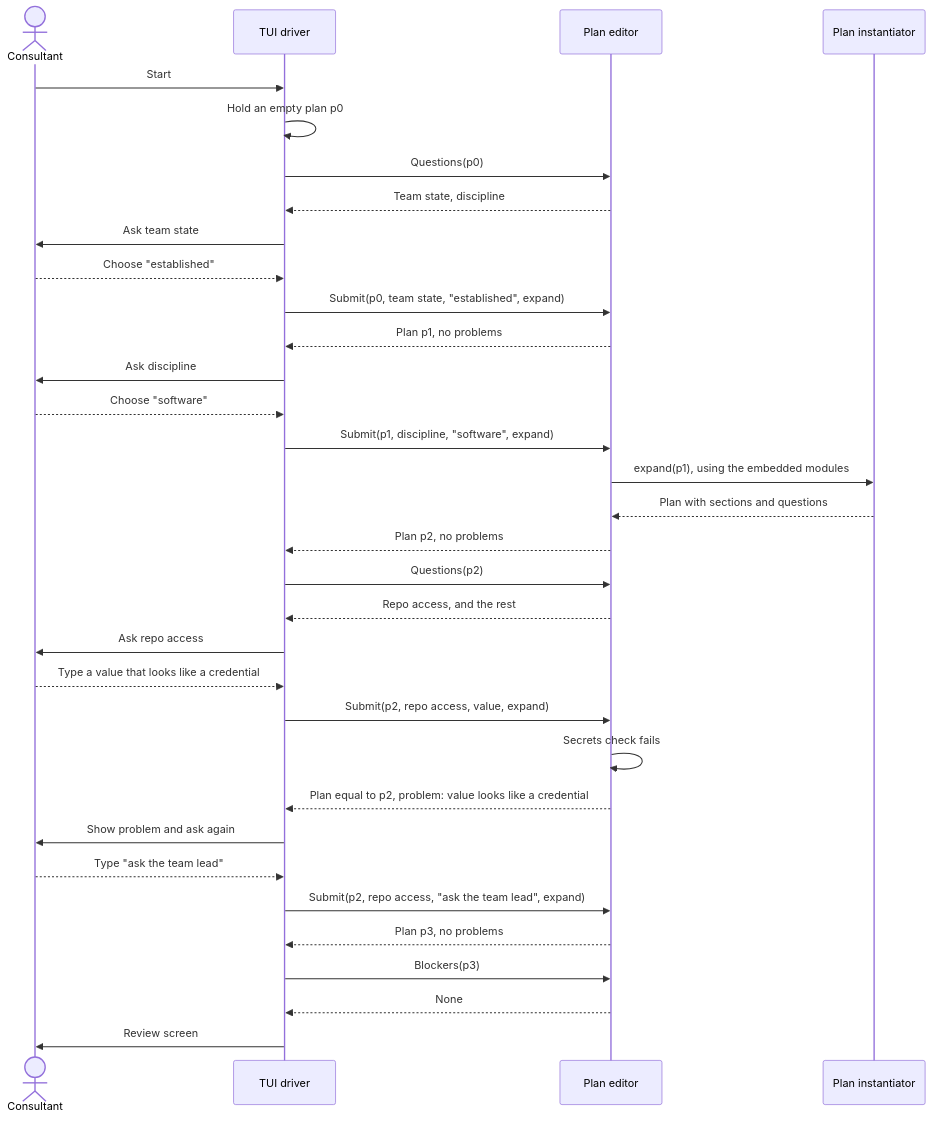
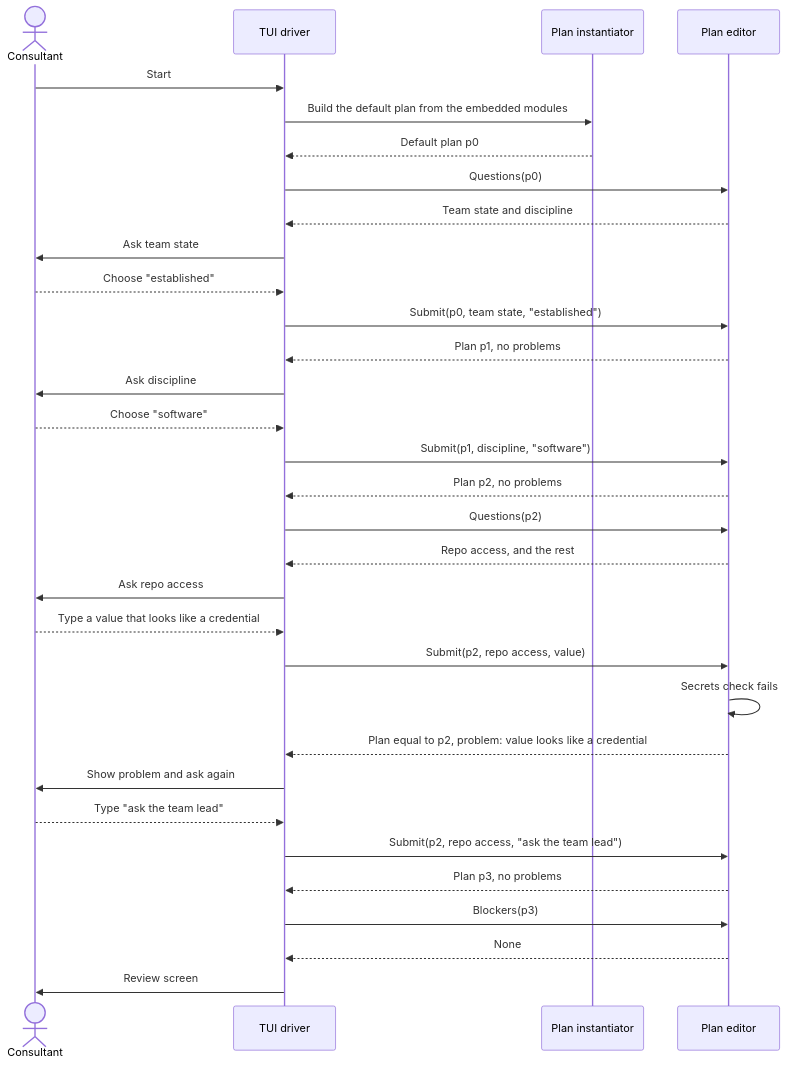
The third of 4 diagrams in docs/decisions/0010-plan-editor.md (8thlight-daveloper/onboard-kit), drawn with Mermaid before and after one commit. The commit also changed other lines of this file and 4 other files, not shown here.

Commit message:
Hold every module as a section in the plan and add format, versioning, and hash rules

````diff
--- a/docs/decisions/0010-plan-editor.md
+++ b/docs/decisions/0010-plan-editor.md
@@ -246,39 +242,38 @@
 ```mermaid
 sequenceDiagram
     actor C as Consultant
     participant T as TUI driver
+    participant I as Plan instantiator
     participant E as Plan editor
-    participant I as Plan instantiator
 
     C->>T: Start
-    T->>T: Hold an empty plan p0
+    T->>I: Build the default plan from the embedded modules
+    I-->>T: Default plan p0
 
     T->>E: Questions(p0)
-    E-->>T: Team state, discipline
+    E-->>T: Team state and discipline
     T->>C: Ask team state
     C-->>T: Choose "established"
-    T->>E: Submit(p0, team state, "established", expand)
+    T->>E: Submit(p0, team state, "established")
     E-->>T: Plan p1, no problems
     T->>C: Ask discipline
     C-->>T: Choose "software"
-    T->>E: Submit(p1, discipline, "software", expand)
-    E->>I: expand(p1), using the embedded modules
-    I-->>E: Plan with sections and questions
+    T->>E: Submit(p1, discipline, "software")
     E-->>T: Plan p2, no problems
 
     T->>E: Questions(p2)
     E-->>T: Repo access, and the rest
     T->>C: Ask repo access
     C-->>T: Type a value that looks like a credential
-    T->>E: Submit(p2, repo access, value, expand)
+    T->>E: Submit(p2, repo access, value)
     E->>E: Secrets check fails
     E-->>T: Plan equal to p2, problem: value looks like a credential
     T->>C: Show problem and ask again
     C-->>T: Type "ask the team lead"
-    T->>E: Submit(p2, repo access, "ask the team lead", expand)
+    T->>E: Submit(p2, repo access, "ask the team lead")
     E-->>T: Plan p3, no problems
 
     T->>E: Blockers(p3)
     E-->>T: None
     T->>C: Review screen
 ```
````
